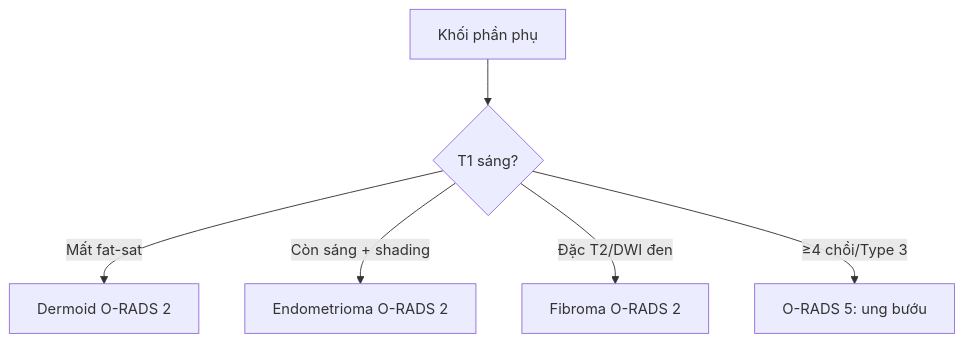
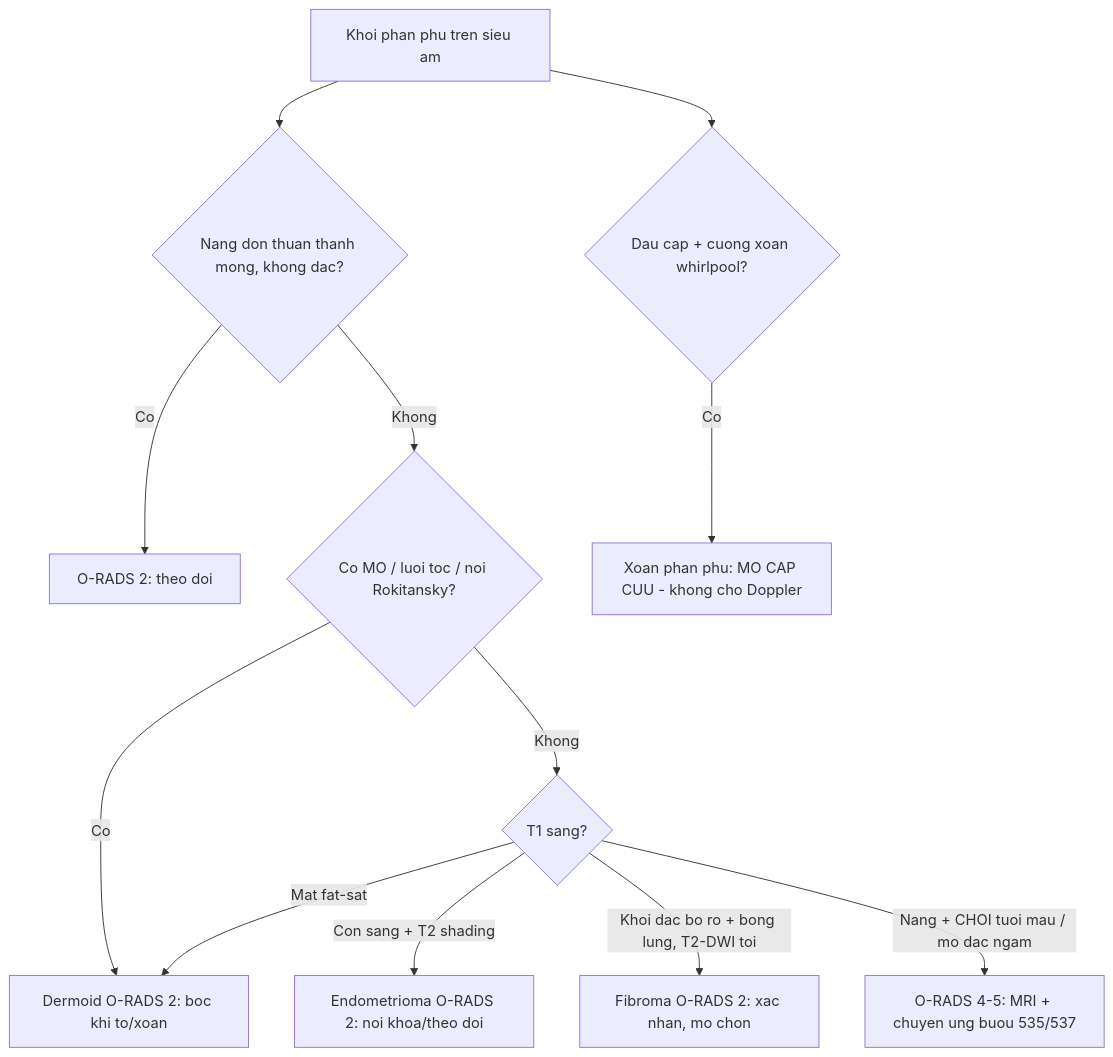
One commit to drthe92/rad changed the diagram in 530-buong-trung-ORADS-sieu-am-MRI/lesson.md. Above: the diagram before and after it, drawn with Mermaid. The commit also changed other lines of this file and 34 other files, not shown here.

First line of the commit message:
Thêm 538 (GTS & gliomatosis peritonei) + 533 (theo dõi & bảo tồn sinh sản sau u tế bào mầm); backfill 530 (O-RADS US/MRI)

````diff
--- a/530-buong-trung-ORADS-sieu-am-MRI/lesson.md
+++ b/530-buong-trung-ORADS-sieu-am-MRI/lesson.md
@@ -46,8 +65,14 @@
 ```mermaid
 flowchart TD
-  A[Khối phần phụ] --> B{T1 sáng?}
-  B -->|Mất fat-sat| C[Dermoid O-RADS 2]
-  B -->|Còn sáng + shading| D[Endometrioma O-RADS 2]
-  B -->|Đặc T2/DWI đen| E[Fibroma O-RADS 2]
-  B -->|≥4 chồi/Type 3| F[O-RADS 5: ung bướu]
+  A[Khoi phan phu tren sieu am] --> B{Nang don thuan thanh mong, khong dac?}
+  B -->|Co| C[O-RADS 2: theo doi]
+  B -->|Khong| D{Co MO / luoi toc / noi Rokitansky?}
+  D -->|Co| E[Dermoid O-RADS 2: boc khi to/xoan]
+  D -->|Khong| F{T1 sang?}
+  F -->|Mat fat-sat| E
+  F -->|Con sang + T2 shading| G[Endometrioma O-RADS 2: noi khoa/theo doi]
+  F -->|Khoi dac bo ro + bong lung, T2-DWI toi| H[Fibroma O-RADS 2: xac nhan, mo chon]
+  F -->|Nang + CHOI tuoi mau / mo dac ngam| I[O-RADS 4-5: MRI + chuyen ung buou 535/537]
+  A --> J{Dau cap + cuong xoan whirlpool?}
+  J -->|Co| K[Xoan phan phu: MO CAP CUU - khong cho Doppler]
 ```
````
